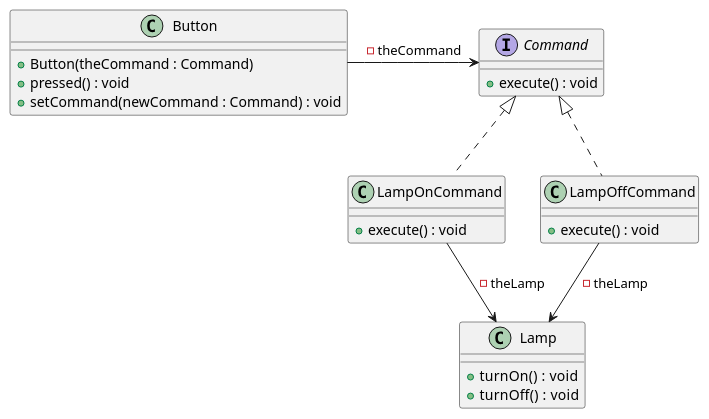
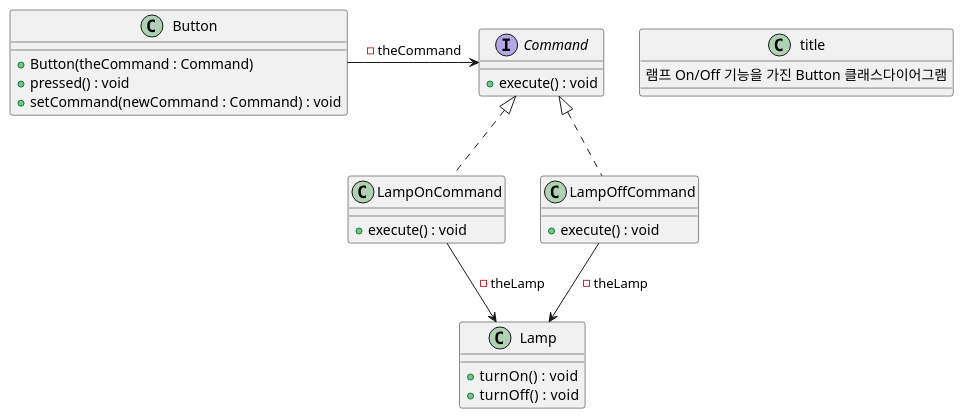
The diagram in ch08-command-patterns/diagrams/command-pattern-improved-onoff-button-diagram.puml (walbatrossw/java-design-patterns), drawn with PlantUML before and after one commit. The commit also changed 7 other files, not shown here.

```diff
--- a/ch08-command-patterns/diagrams/command-pattern-improved-onoff-button-diagram.puml
+++ b/ch08-command-patterns/diagrams/command-pattern-improved-onoff-button-diagram.puml
@@ -1,33 +1,35 @@
 @startuml
+
+title : 램프 On/Off 기능을 가진 Button 클래스다이어그램
 
 class Button {
     + Button(theCommand : Command)
     + pressed() : void
     + setCommand(newCommand : Command) : void
 }
 
 interface Command {
     + execute() : void
 }
 
 class LampOnCommand {
     + execute() : void
 }
 
 class LampOffCommand {
     + execute() : void
 }
 
 class Lamp {
     + turnOn()  : void
     + turnOff()  : void
 }
 
 Button -> Command : -theCommand
 Command <|.. LampOnCommand
 Command <|.. LampOffCommand
 LampOnCommand --> Lamp : -theLamp
 LampOffCommand --> Lamp : -theLamp
 
 
 @enduml
```
